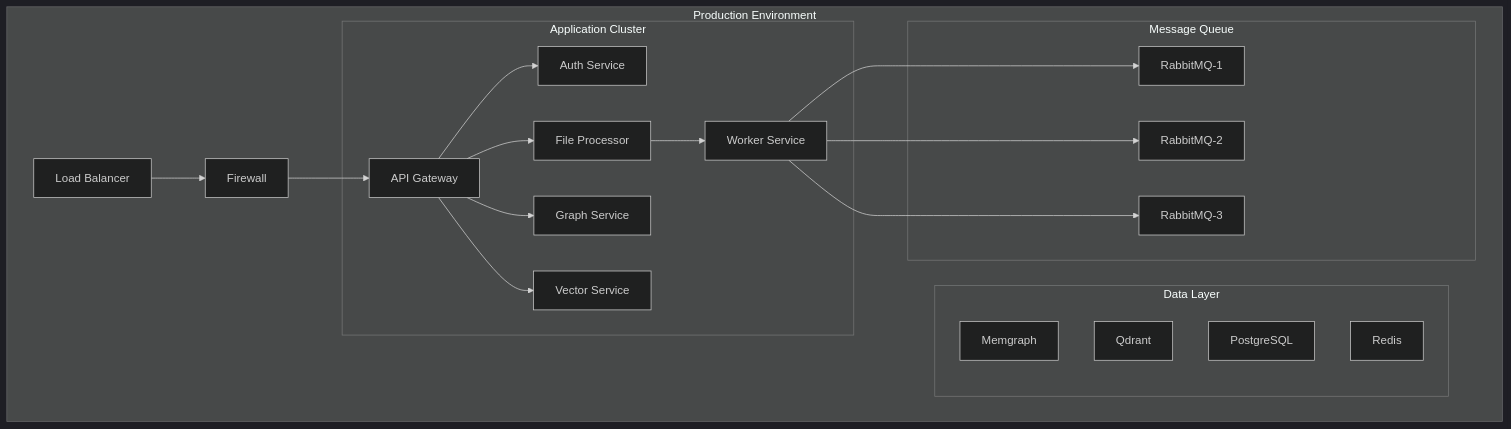
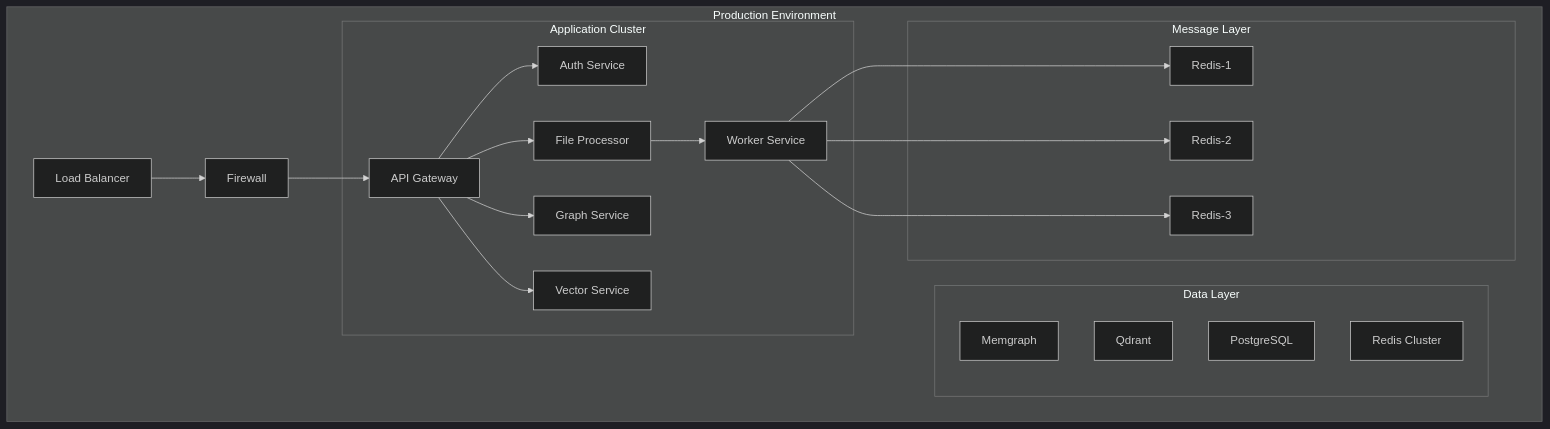
One commit to fuego-wtf/coregraph changed the first of 10 diagrams in docs/deployment-handbook.md. Above: the diagram before and after it, drawn with Mermaid (dark theme). The commit also changed 14 other files, not shown here.

First line of the commit message:
Migrate from Kafka to Redis for message queue and enhance API server architecture

````diff
--- a/docs/deployment-handbook.md
+++ b/docs/deployment-handbook.md
@@ -14,40 +14,40 @@
 ```mermaid
 graph TB
 subgraph Production Environment
     LB[Load Balancer]
     FW[Firewall]
     
     subgraph Application Cluster
     API[API Gateway]
     AUTH[Auth Service]
     PROC[File Processor]
     GRAPH[Graph Service]
     VECTOR[Vector Service]
     WORKER[Worker Service]
     end
     
     subgraph Data Layer
     MEMG[Memgraph]
     QD[Qdrant]
     PG[PostgreSQL]
-    REDIS[Redis]
+    REDIS[Redis Cluster]
     end
     
-    subgraph Message Queue
-    RMQ1[RabbitMQ-1]
-    RMQ2[RabbitMQ-2]
-    RMQ3[RabbitMQ-3]
+    subgraph Message Layer
+    REDIS1[Redis-1]
+    REDIS2[Redis-2]
+    REDIS3[Redis-3]
     end
 end
 
 LB --> FW
 FW --> API
 API --> AUTH
 API --> PROC
 API --> GRAPH
 API --> VECTOR
 PROC --> WORKER
-WORKER --> RMQ1
-WORKER --> RMQ2
-WORKER --> RMQ3
+WORKER --> REDIS1
+WORKER --> REDIS2
+WORKER --> REDIS3
 ```
````
